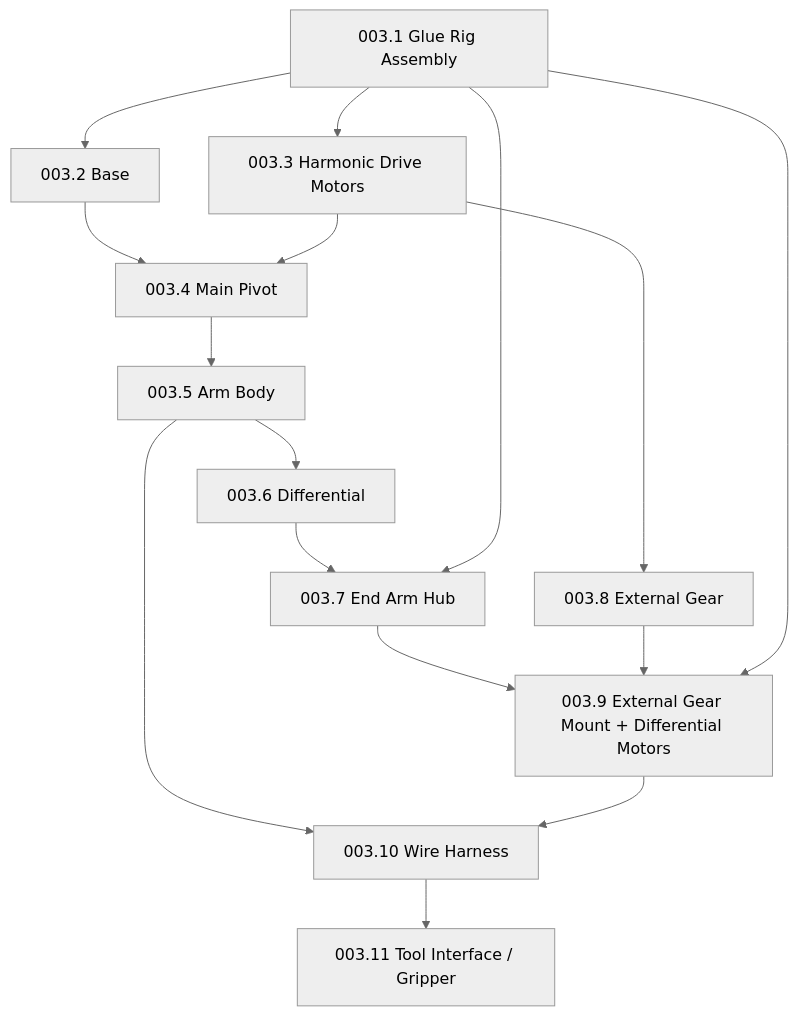
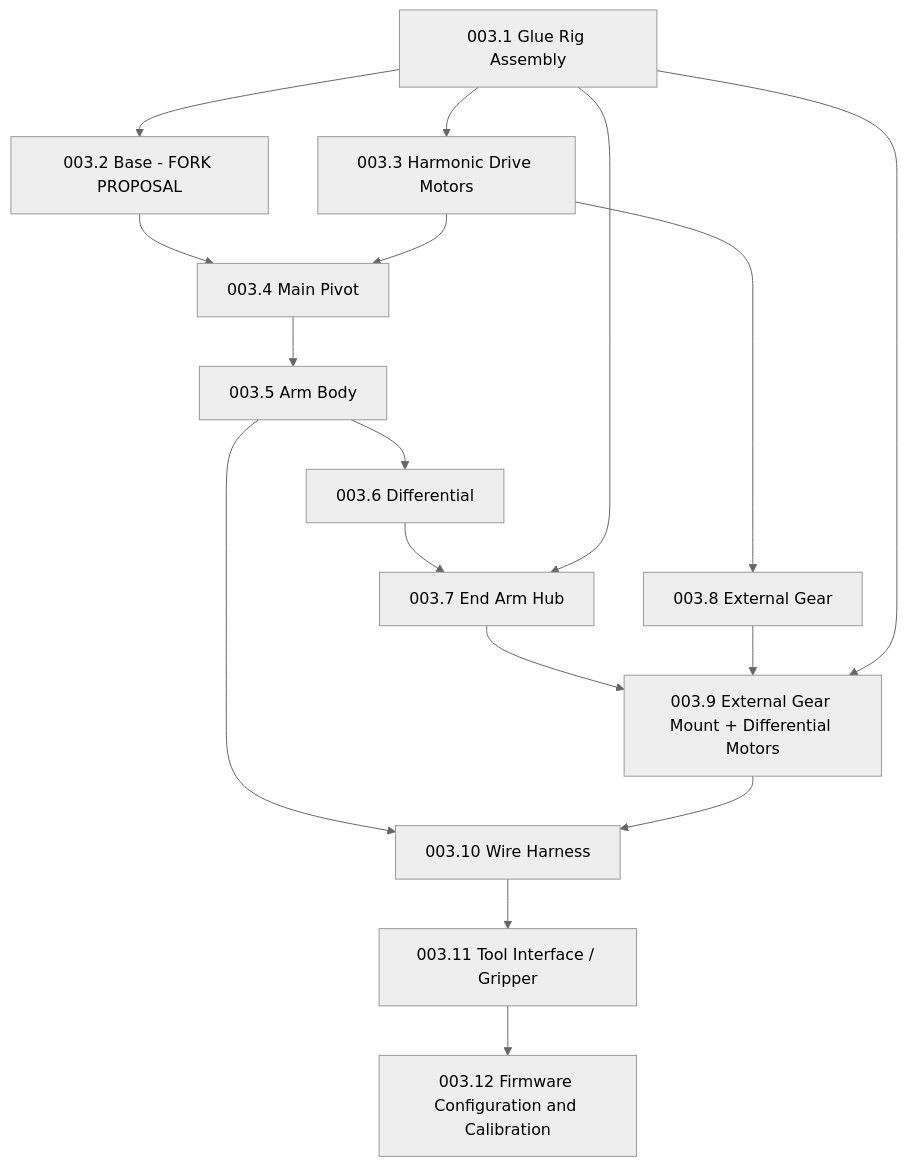
Before and after one commit to morgangalpin/Dexter: the diagram in specs/003-Assembly.md, drawn with Mermaid (neutral theme). The commit also changed other lines of this file and 4 other files, not shown here.

First line of the commit message:
Retarget spec set to Dexter HDI; add firmware/calibration spec

````diff
--- a/specs/003-Assembly.md
+++ b/specs/003-Assembly.md
@@ -24,18 +22,19 @@
 ```mermaid
 flowchart TD
-    A[003.1 Glue Rig Assembly] --> B[003.2 Base]
+    A[003.1 Glue Rig Assembly] --> B[003.2 Base - FORK PROPOSAL]
     A --> C[003.3 Harmonic Drive Motors]
     B --> D[003.4 Main Pivot]
     C --> D
     D --> E[003.5 Arm Body]
     E --> F[003.6 Differential]
     F --> G[003.7 End Arm Hub]
     A --> G
     C --> H[003.8 External Gear]
     G --> I[003.9 External Gear Mount + Differential Motors]
     H --> I
     A --> I
     E --> J[003.10 Wire Harness]
     I --> J
     J --> K[003.11 Tool Interface / Gripper]
+    K --> L[003.12 Firmware Configuration and Calibration]
 ```
````
